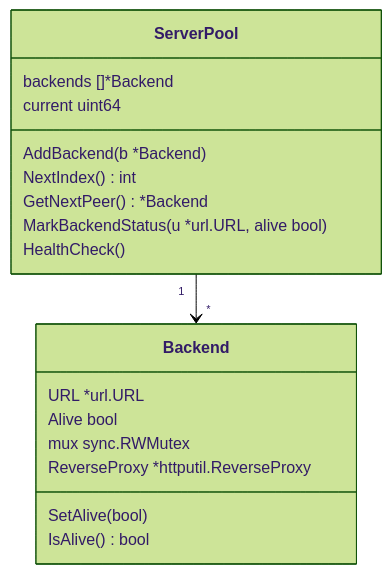
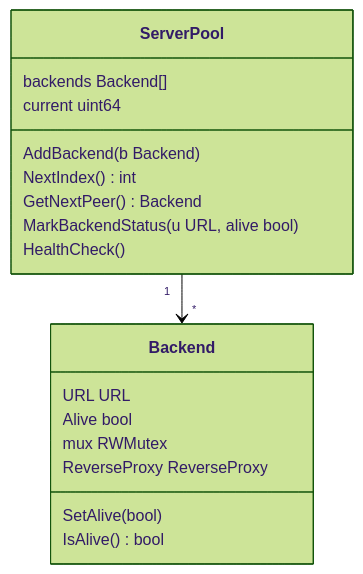
The third of 3 diagrams in docs/diagram.md (pablo-maff/lb), drawn with Mermaid (forest theme) before and after one commit. The commit also changed other lines of this file, not shown here.

Commit message:
fix: Mermaid syntax errors — subgraph/node ID clash and classDiagram pointer types

````diff
--- a/docs/diagram.md
+++ b/docs/diagram.md
@@ -43,23 +43,23 @@
 ```mermaid
 classDiagram
     class ServerPool {
-        backends []*Backend
-        current  uint64
-        AddBackend(b *Backend)
+        backends Backend[]
+        current uint64
+        AddBackend(b Backend)
         NextIndex() int
-        GetNextPeer() *Backend
-        MarkBackendStatus(u *url.URL, alive bool)
+        GetNextPeer() Backend
+        MarkBackendStatus(u URL, alive bool)
         HealthCheck()
     }
 
     class Backend {
-        URL *url.URL
+        URL URL
         Alive bool
-        mux sync.RWMutex
-        ReverseProxy *httputil.ReverseProxy
+        mux RWMutex
+        ReverseProxy ReverseProxy
         SetAlive(bool)
         IsAlive() bool
     }
 
     ServerPool "1" --> "*" Backend
 ```
````
